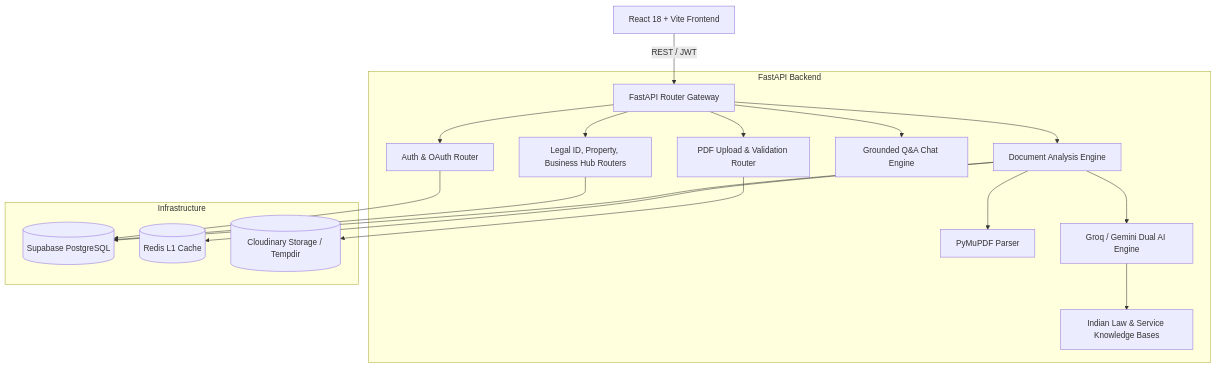
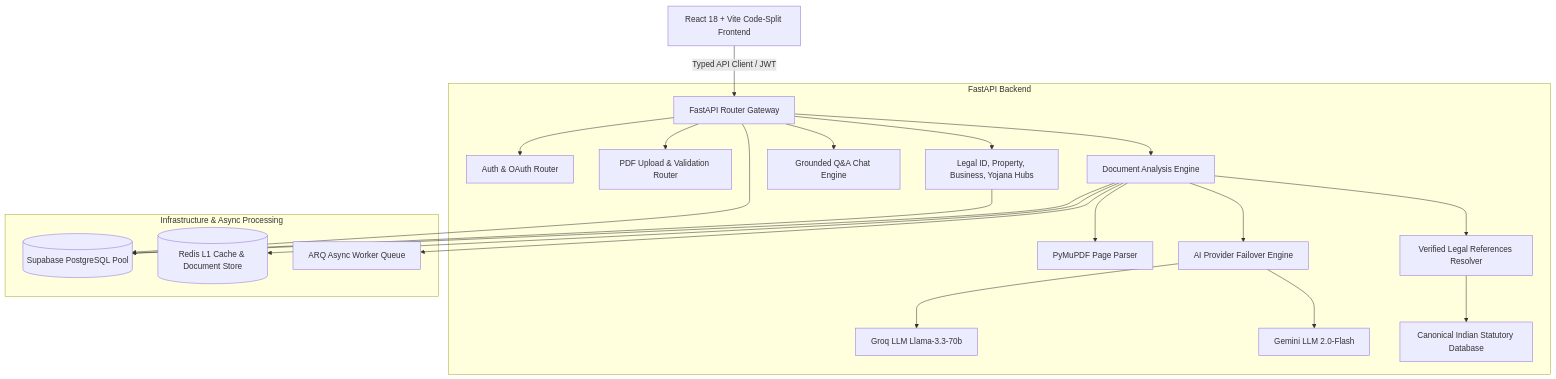
The diagram in docs/ARCHITECTURE.md (08rushi/SmartLegal-AI), drawn with Mermaid before and after one commit. The commit also changed other lines of this file and 74 other files, not shown here.

````diff
--- a/docs/ARCHITECTURE.md
+++ b/docs/ARCHITECTURE.md
@@ -7,22 +7,26 @@
 ```mermaid
 graph TD
-    Client[React 18 + Vite Frontend] -->|REST / JWT| Gateway[FastAPI Router Gateway]
+    Client[React 18 + Vite Code-Split Frontend] -->|Typed API Client / JWT| Gateway[FastAPI Router Gateway]
     
     subgraph FastAPI Backend
         Gateway --> AuthRouter[Auth & OAuth Router]
         Gateway --> UploadRouter[PDF Upload & Validation Router]
         Gateway --> AnalyzeRouter[Document Analysis Engine]
         Gateway --> ChatRouter[Grounded Q&A Chat Engine]
-        Gateway --> ServiceHubs[Legal ID, Property, Business Hub Routers]
+        Gateway --> ServiceHubs[Legal ID, Property, Business, Yojana Hubs]
 
-        AnalyzeRouter --> PDFParser[PyMuPDF Parser]
-        AnalyzeRouter --> DualLLM[Groq / Gemini Dual AI Engine]
-        DualLLM --> KBBases[Indian Law & Service Knowledge Bases]
+        AnalyzeRouter --> PDFParser[PyMuPDF Page Parser]
+        AnalyzeRouter --> AIOrchestrator[AI Provider Failover Engine]
+        AIOrchestrator --> GroqProvider[Groq LLM Llama-3.3-70b]
+        AIOrchestrator --> GeminiProvider[Gemini LLM 2.0-Flash]
+        
+        AnalyzeRouter --> LegalRefResolver[Verified Legal References Resolver]
+        LegalRefResolver --> IndianLawKB[Canonical Indian Statutory Database]
     end
 
-    subgraph Infrastructure
-        AuthRouter & ServiceHubs & AnalyzeRouter --> Postgres[(Supabase PostgreSQL)]
-        AnalyzeRouter --> RedisCache[(Redis L1 Cache)]
-        UploadRouter --> Cloudinary[(Cloudinary Storage / Tempdir)]
+    subgraph Infrastructure & Async Processing
+        Gateway & ServiceHubs & AnalyzeRouter --> Postgres[(Supabase PostgreSQL Pool)]
+        AnalyzeRouter --> RedisCache[(Redis L1 Cache & Document Store)]
+        AnalyzeRouter --> ARQWorker[ARQ Async Worker Queue]
     end
 ```
````
